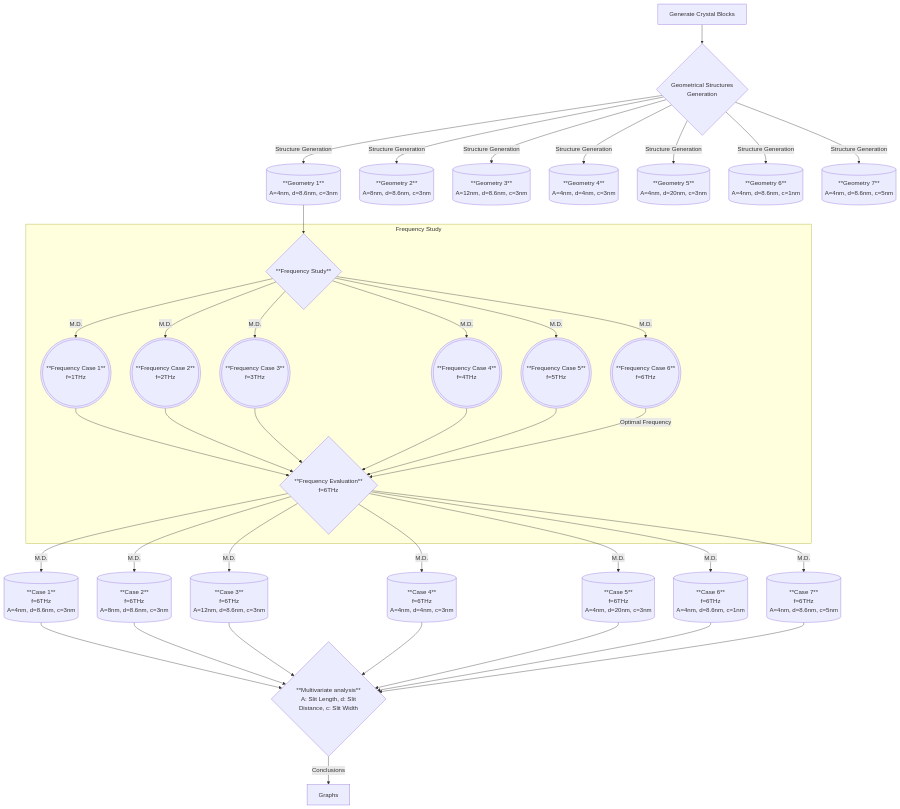
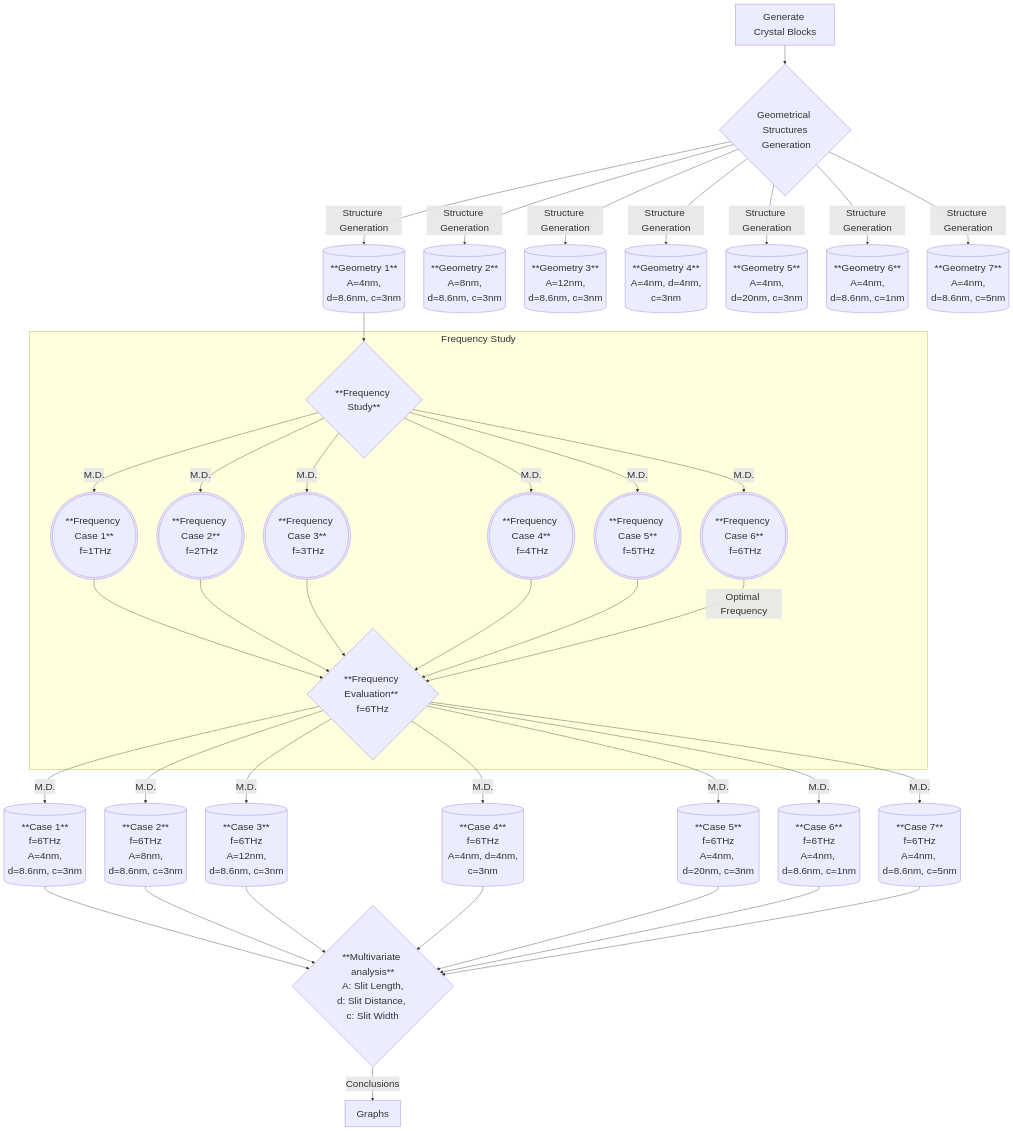
One commit to enikidis/phonons changed the diagram in TEST2.MD. Above: the diagram before and after it, drawn with Mermaid. The commit also changed 5 other files, not shown here.

````diff
--- a/TEST2.MD
+++ b/TEST2.MD
@@ -1,45 +1,46 @@
 ```mermaid
+%%{init: {'theme': 'default', 'themeVariables': { 'fontSize': '26px', 'fontFamily': 'Arial' }}}%%
 flowchart TD;
     A[Generate Crystal Blocks]--> B{Geometrical Structures<br> Generation}
     B-->|Structure Generation|G1[(**Geometry 1**<br> A=4nm, d=8.6nm, c=3nm)]
     B-->|Structure Generation|G2[(**Geometry 2**<br> A=8nm, d=8.6nm, c=3nm)]
     B-->|Structure Generation|G3[(**Geometry 3**<br> A=12nm, d=8.6nm, c=3nm)]
     B-->|Structure Generation|G4[(**Geometry 4**<br> A=4nm, d=4nm, c=3nm)]
     B-->|Structure Generation|G5[(**Geometry 5**<br> A=4nm, d=20nm, c=3nm)]
     B-->|Structure Generation|G6[(**Geometry 6**<br> A=4nm, d=8.6nm, c=1nm)]
     B-->|Structure Generation|G7[(**Geometry 7**<br> A=4nm, d=8.6nm, c=5nm)]
     G1-->F0{**Frequency Study**<br> }
     
     subgraph Frequency Study
         F0-->|M.D.|F1(((**Frequency Case 1**<br> f=1THz)))
         F0-->|M.D.|F2(((**Frequency Case 2**<br> f=2THz)))
         F0-->|M.D.|F3(((**Frequency Case 3**<br> f=3THz)))
         F0-->|M.D.|F4(((**Frequency Case 4**<br> f=4THz)))
         F0-->|M.D.|F5(((**Frequency Case 5**<br> f=5THz)))
         F0-->|M.D.|F6(((**Frequency Case 6**<br> f=6THz)))
         F1-->FED0
         F2-->FED0
         F3-->FED0
         F4-->FED0
         F5-->FED0
         F6-->|Optimal Frequency|FED0
     end
 
     FED0{**Frequency Evaluation** <br>f=6THz}-->|M.D.|C1[(**Case 1**<br> f=6THz <br> A=4nm, d=8.6nm, c=3nm)]
     FED0{**Frequency Evaluation** <br>f=6THz}-->|M.D.|C2[(**Case 2**<br> f=6THz <br> A=8nm, d=8.6nm, c=3nm)]
     FED0{**Frequency Evaluation** <br>f=6THz}-->|M.D.|C3[(**Case 3**<br> f=6THz <br> A=12nm, d=8.6nm, c=3nm)]
     FED0{**Frequency Evaluation** <br>f=6THz}-->|M.D.|C4[(**Case 4**<br> f=6THz <br> A=4nm, d=4nm, c=3nm)]
     FED0{**Frequency Evaluation** <br>f=6THz}-->|M.D.|C5[(**Case 5**<br> f=6THz <br>A=4nm, d=20nm, c=3nm)]
     FED0{**Frequency Evaluation** <br>f=6THz}-->|M.D.|C6[(**Case 6**<br> f=6THz <br>A=4nm, d=8.6nm, c=1nm)]
     FED0{**Frequency Evaluation** <br>f=6THz}-->|M.D.|C7[(**Case 7**<br> f=6THz <br>A=4nm, d=8.6nm, c=5nm)]
 
     FED1{**Multivariate analysis**<br> A: Slit Length, d: Slit Distance, c: Slit Width} 
     C1-->FED1
     C2-->FED1
     C3-->FED1
     C4-->FED1
     C5-->FED1
     C6-->FED1
     C7-->FED1
     FED1-->|Conclusions|FED2[Graphs]
-```   
+```
````
